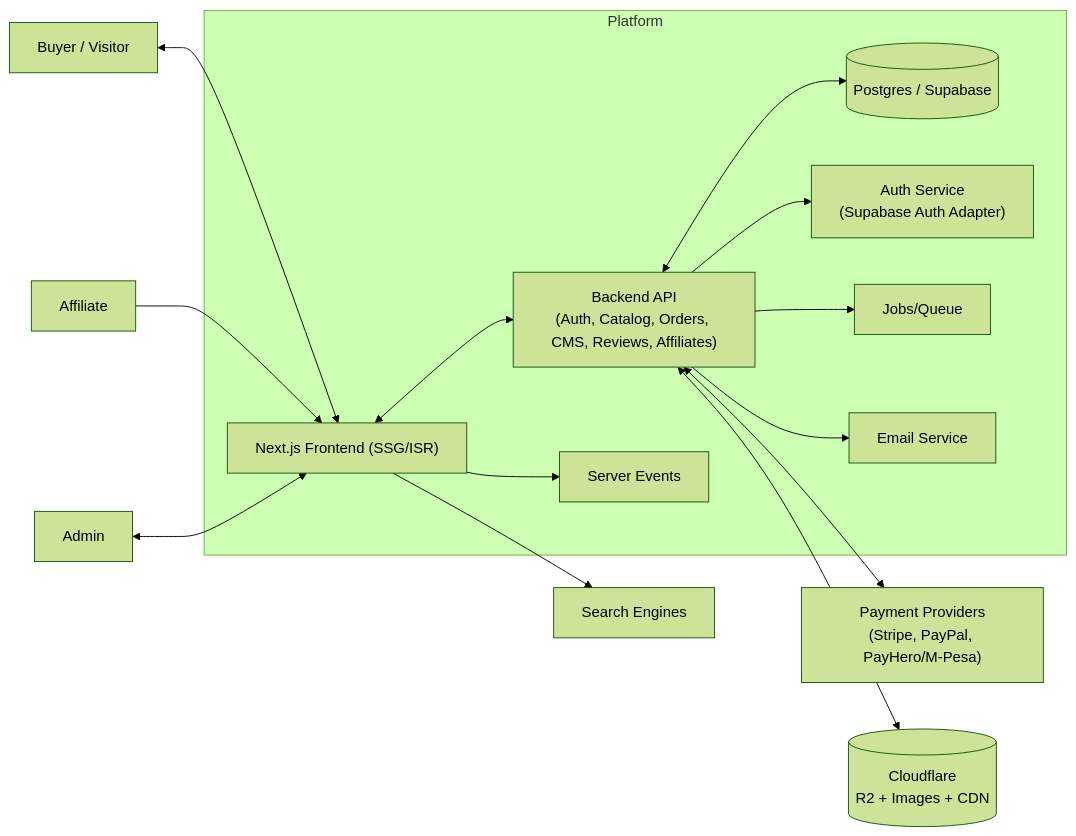
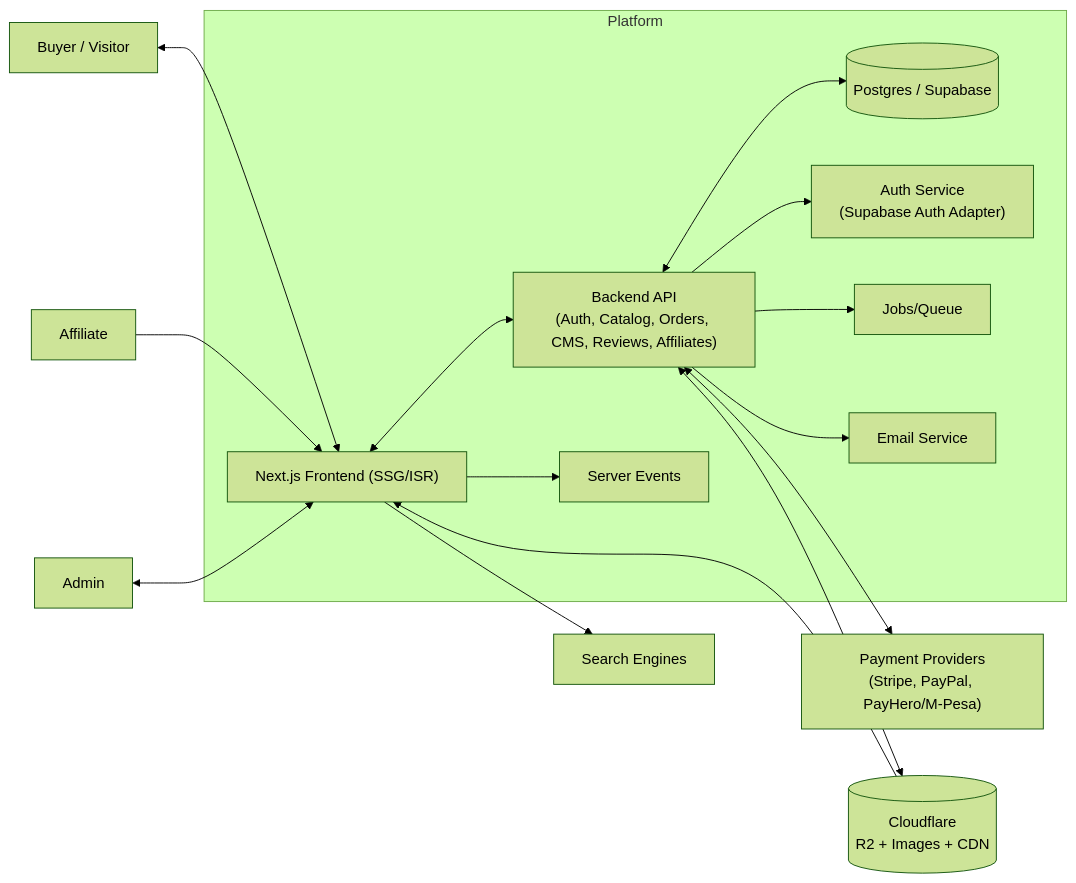
Before and after one commit to brokerinsight/kaylie_labs: the first of 10 diagrams in system-design-comprehensive.md, drawn with Mermaid (forest theme). The commit also changed other lines of this file, not shown here.

Commit message:
Add system design details, ERD, and comprehensive tech stack overview

````diff
--- a/system-design-comprehensive.md
+++ b/system-design-comprehensive.md
@@ -38,32 +38,33 @@
 ```mermaid
 flowchart LR
     User[Buyer / Visitor]
     Affiliate[Affiliate]
     Admin[Admin]
     Pay["Payment Providers<br/>(Stripe, PayPal, PayHero/M-Pesa)"]
     CF[(Cloudflare<br/>R2 + Images + CDN)]
     SEO[Search Engines]
     
     subgraph Platform
         FE["Next.js Frontend (SSG/ISR)"]
         API["Backend API<br/>(Auth, Catalog, Orders, CMS, Reviews, Affiliates)"]
         DB[(Postgres / Supabase)]
         Auth["Auth Service<br/>(Supabase Auth Adapter)"]
         Queue[Jobs/Queue]
         Email[Email Service]
         Analytics[Server Events]
     end
     
     User <--> FE
     FE <--> API
     API <--> DB
     API --> Auth
     API <--> CF
+    CF --> FE
     API <--> Pay
     API --> Email
     FE --> SEO
     Affiliate --> FE
     Admin <--> FE
     API --> Queue
     FE --> Analytics
 ```
````
